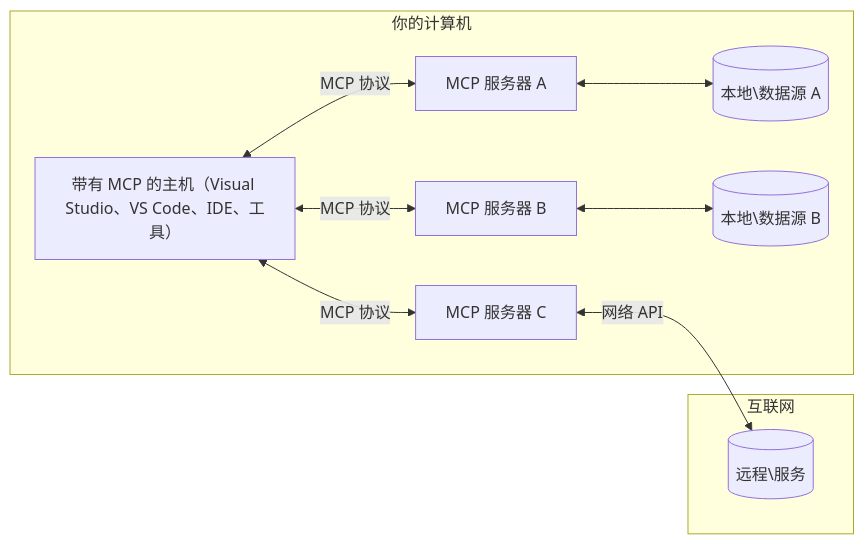
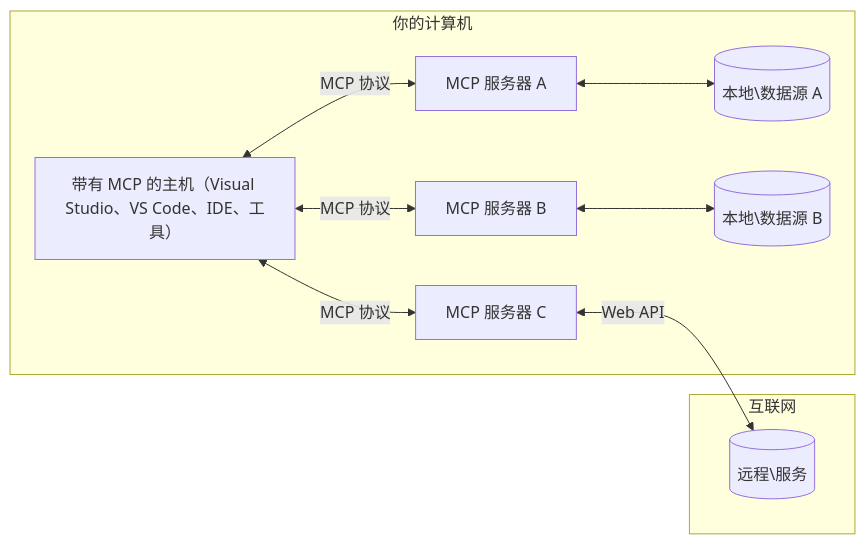
The diagram in translations/zh-CN/01-CoreConcepts/README.md (Mu-L/mcp-for-beginners), drawn with Mermaid before and after one commit. The commit also changed other lines of this file and 5 other files, not shown here.

````diff
--- a/translations/zh-CN/01-CoreConcepts/README.md
+++ b/translations/zh-CN/01-CoreConcepts/README.md
@@ -45,17 +45,17 @@
 ```mermaid
 flowchart LR
     subgraph "你的计算机"
         Host["带有 MCP 的主机（Visual Studio、VS Code、IDE、工具）"]
         S1["MCP 服务器 A"]
         S2["MCP 服务器 B"]
         S3["MCP 服务器 C"]
         Host <-->|"MCP 协议"| S1
         Host <-->|"MCP 协议"| S2
         Host <-->|"MCP 协议"| S3
         S1 <--> D1[("本地\数据源 A")]
         S2 <--> D2[("本地\数据源 B")]
     end
     subgraph "互联网"
-        S3 <-->|"网络 API"| D3[("远程\服务")]
+        S3 <-->|"Web API"| D3[("远程\服务")]
     end
-```
+```  
````
